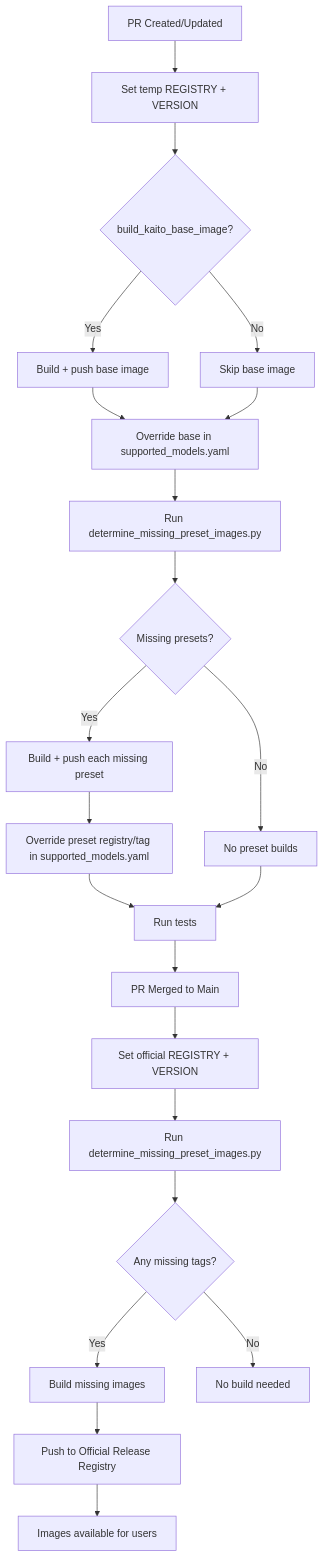
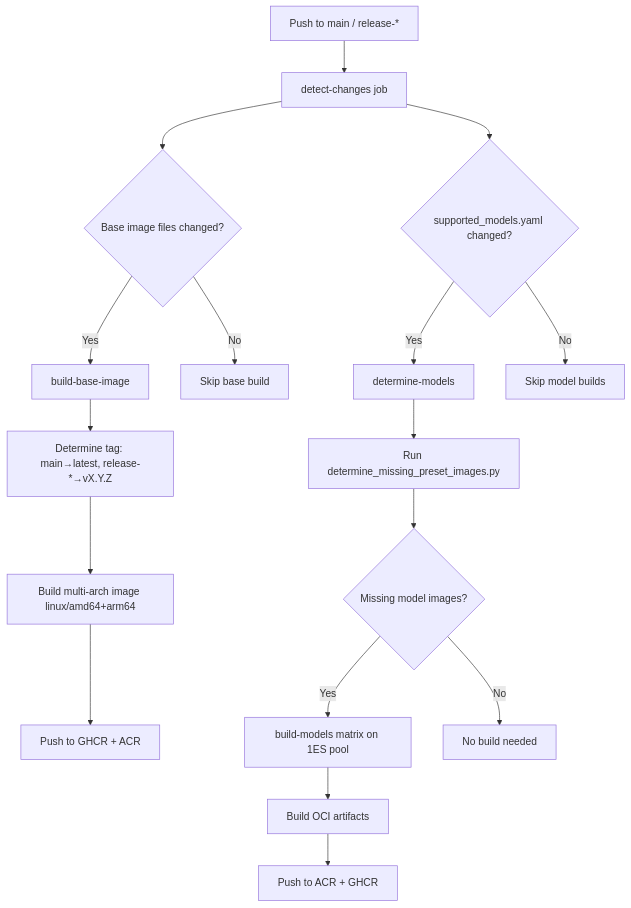
One commit to zhuangqh/kaito changed the first of 2 diagrams in docs/preset-image-building-process.md. Above: the diagram before and after it, drawn with Mermaid. The commit also changed other lines of this file and 14 other files, not shown here.

First line of the commit message:
refactor: decouple base image build from supported_models.yaml

````diff
--- a/docs/preset-image-building-process.md
+++ b/docs/preset-image-building-process.md
@@ -24,27 +40,22 @@
 ```mermaid
 graph TD
-  %% PR validation flow
-  A[PR Created/Updated] --> B[Set temp REGISTRY + VERSION]
-  B --> C{build_kaito_base_image?}
-  C -->|Yes| C1[Build + push base image]
-  C -->|No| D[Skip base image]
-  C1 --> E[Override base in supported_models.yaml]
-  D --> E
-  E --> F[Run determine_missing_preset_images.py]
-  F --> G{Missing presets?}
-  G -->|Yes| H[Build + push each missing preset]
-  H --> I[Override preset registry/tag in supported_models.yaml]
-  G -->|No| J[No preset builds]
-  I --> K[Run tests]
-  J --> K
+  A[Push to main / release-*] --> B[detect-changes job]
+  B --> C{Base image files changed?}
+  B --> D{supported_models.yaml changed?}
 
-  %% Official release flow
-  K --> L[PR Merged to Main]
-  L --> M[Set official REGISTRY + VERSION]
-  M --> N[Run determine_missing_preset_images.py]
-  N --> O{Any missing tags?}
-  O -->|Yes| P[Build missing images]
-  O -->|No| Q[No build needed]
-  P --> R[Push to Official Release Registry]
-  R --> S[Images available for users]
+  C -->|Yes| E[build-base-image]
+  E --> E1[Determine tag: main→latest, release-*→vX.Y.Z]
+  E1 --> E2[Build multi-arch image linux/amd64+arm64]
+  E2 --> E3[Push to GHCR + ACR]
+
+  D -->|Yes| F[determine-models]
+  F --> G[Run determine_missing_preset_images.py]
+  G --> H{Missing model images?}
+  H -->|Yes| I[build-models matrix on 1ES pool]
+  I --> I1[Build OCI artifacts]
+  I1 --> I2[Push to ACR + GHCR]
+  H -->|No| J[No build needed]
+
+  C -->|No| K[Skip base build]
+  D -->|No| L[Skip model builds]
 ```
````
